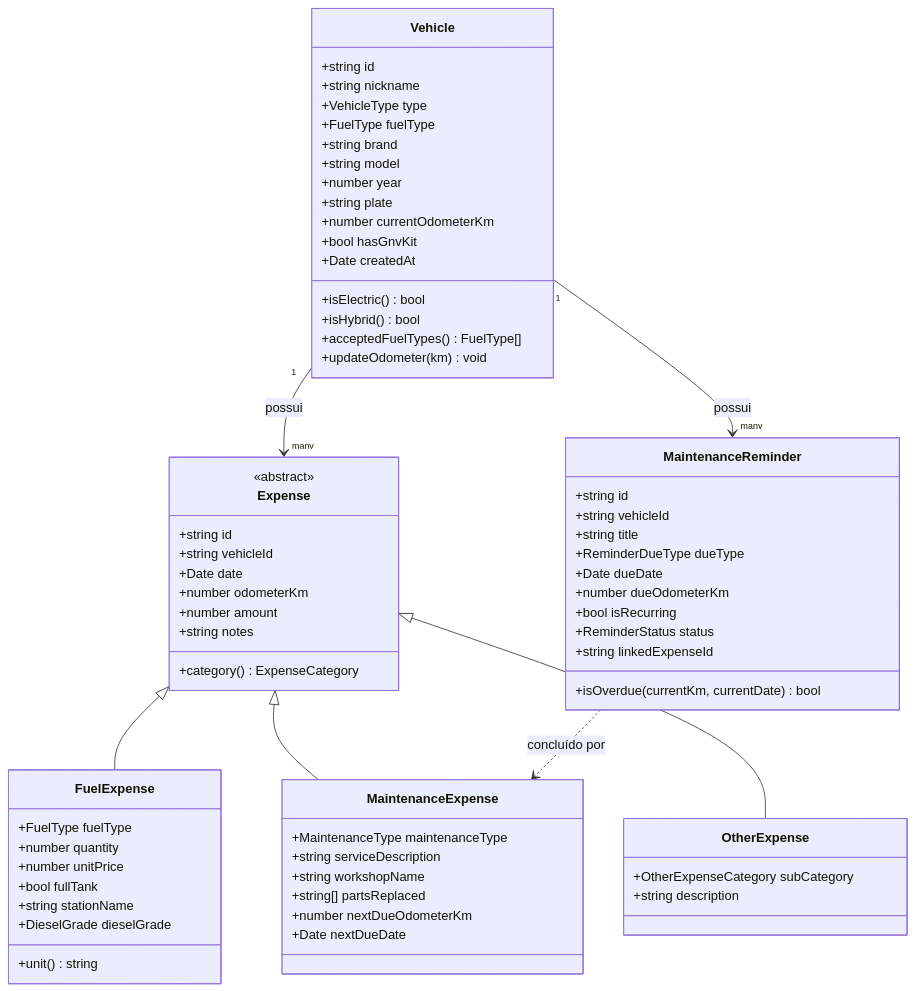
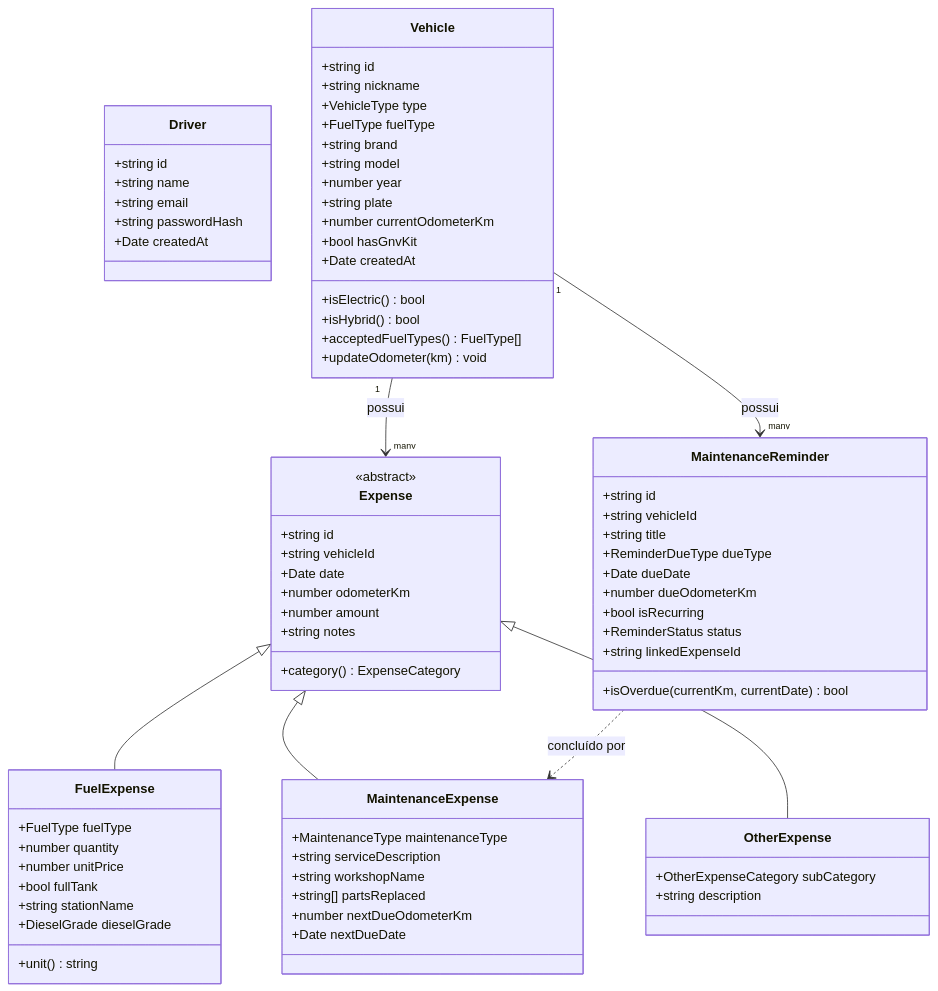
The diagram in docs/DOMAIN_MODEL.md (NicolasDamasceno/Auto-Mobile), drawn with Mermaid before and after one commit. The commit also changed other lines of this file and 9 other files, not shown here.

````diff
--- a/docs/DOMAIN_MODEL.md
+++ b/docs/DOMAIN_MODEL.md
@@ -5,5 +5,13 @@
 ```mermaid
 classDiagram
+    class Driver {
+        +string id
+        +string name
+        +string email
+        +string passwordHash
+        +Date createdAt
+    }
+
     class Vehicle {
         +string id
         +string nickname
````
